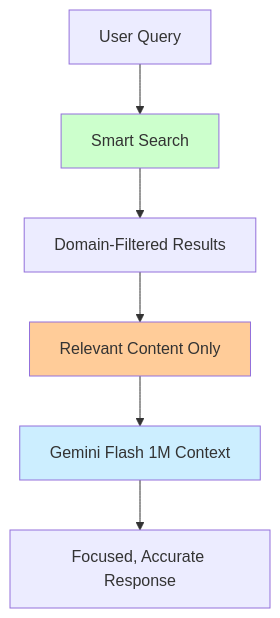
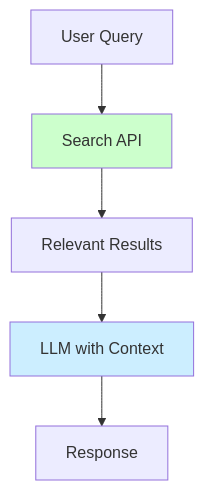
Before and after one commit to Phishinf/qagent: the first of 3 diagrams in README.md, drawn with Mermaid. The commit also changed other lines of this file, not shown here.

````diff
--- a/README.md
+++ b/README.md
@@ -76,12 +66,10 @@
 ```mermaid
 graph TD
-    A[User Query] --> B[Smart Search]
-    B --> C[Domain-Filtered Results]
-    C --> D[Relevant Content Only]
-    D --> E[Gemini Flash 1M Context]
-    E --> F[Focused, Accurate Response]
+    A[User Query] --> B[Search API]
+    B --> C[Relevant Results]
+    C --> D[LLM with Context]
+    D --> E[Response]
     
     style B fill:#ccffcc
-    style D fill:#ffcc99
-    style E fill:#cceeff
+    style D fill:#cceeff
 ```
````
